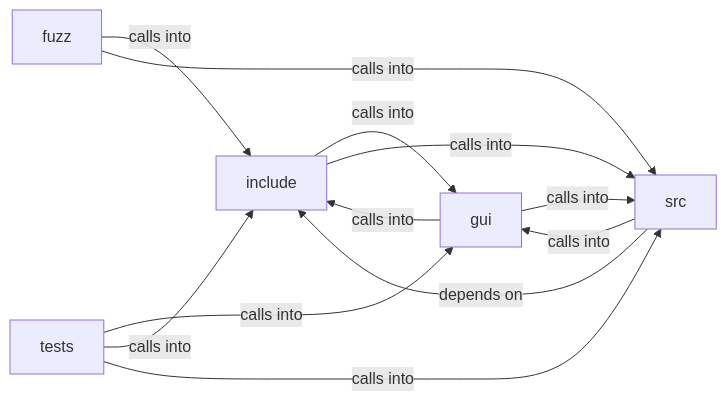
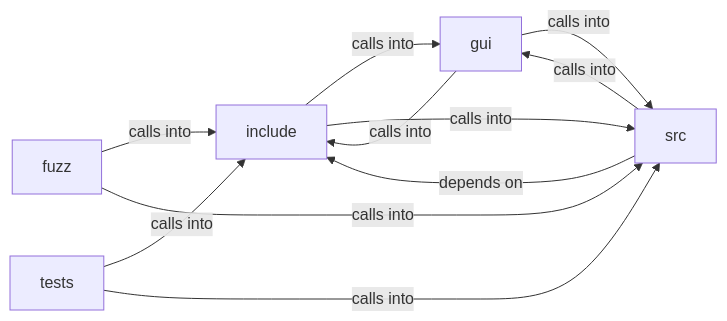
The diagram in readmenator-diagrams/include_browser_ui.md (grisuno/FreeDom), drawn with Mermaid before and after one commit. The commit also changed other lines of this file and 323 other files, not shown here.

````diff
--- a/readmenator-diagrams/include_browser_ui.md
+++ b/readmenator-diagrams/include_browser_ui.md
@@ -5,19 +5,18 @@
 ```mermaid
 graph LR
     fuzz["fuzz"]
     gui["gui"]
     include["include"]
     src["src"]
     tests["tests"]
     fuzz -- "calls into" --> include
     fuzz -- "calls into" --> src
     gui -- "calls into" --> include
     gui -- "calls into" --> src
     include -- "calls into" --> gui
     include -- "calls into" --> src
     src -- "calls into" --> gui
     src -- "depends on" --> include
-    tests -- "calls into" --> gui
     tests -- "calls into" --> include
     tests -- "calls into" --> src
 ```
````
